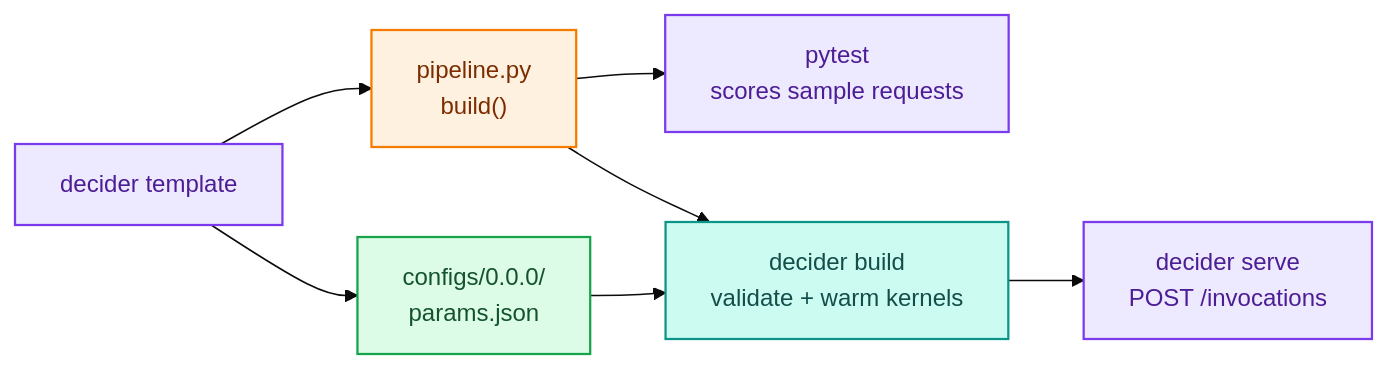
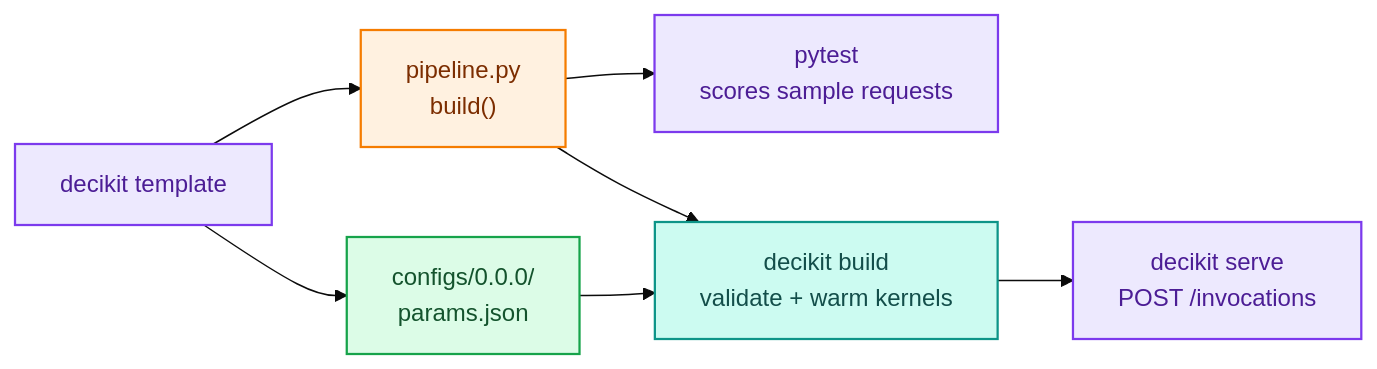
One commit to capitec/dsp-decision-engine changed the second of 2 diagrams in docs/getting-started.md. Above: the diagram before and after it, drawn with Mermaid (base theme). The commit also changed other lines of this file and 1292 other files, not shown here.

Commit message:
rename decider to decikit: package, CLI, DECIKIT_* settings, plugin, extension, docs prose says decider toolkit

````diff
--- a/docs/getting-started.md
+++ b/docs/getting-started.md
@@ -244,13 +244,13 @@
 ```mermaid
 flowchart LR
-    t["decider template"]:::tooling --> code["pipeline.py<br/>build()"]:::authoring
+    t["decikit template"]:::tooling --> code["pipeline.py<br/>build()"]:::authoring
     t --> cfg["configs/0.0.0/<br/>params.json"]:::data
     code --> test["pytest<br/>scores sample requests"]:::tooling
-    cfg --> build["decider build<br/>validate + warm kernels"]:::engine
+    cfg --> build["decikit build<br/>validate + warm kernels"]:::engine
     code --> build
-    build --> serve["decider serve<br/>POST /invocations"]:::tooling
+    build --> serve["decikit serve<br/>POST /invocations"]:::tooling
     classDef authoring fill:#fff1e0,stroke:#f57c00,color:#7c2d00,stroke-width:1.5px;
     classDef data fill:#dcfce7,stroke:#16a34a,color:#14532d,stroke-width:1.5px;
     classDef engine fill:#ccfbf1,stroke:#0d9488,color:#134e4a,stroke-width:1.5px;
     classDef tooling fill:#ede9fe,stroke:#7c3aed,color:#4c1d95,stroke-width:1.5px;
 ```
````
